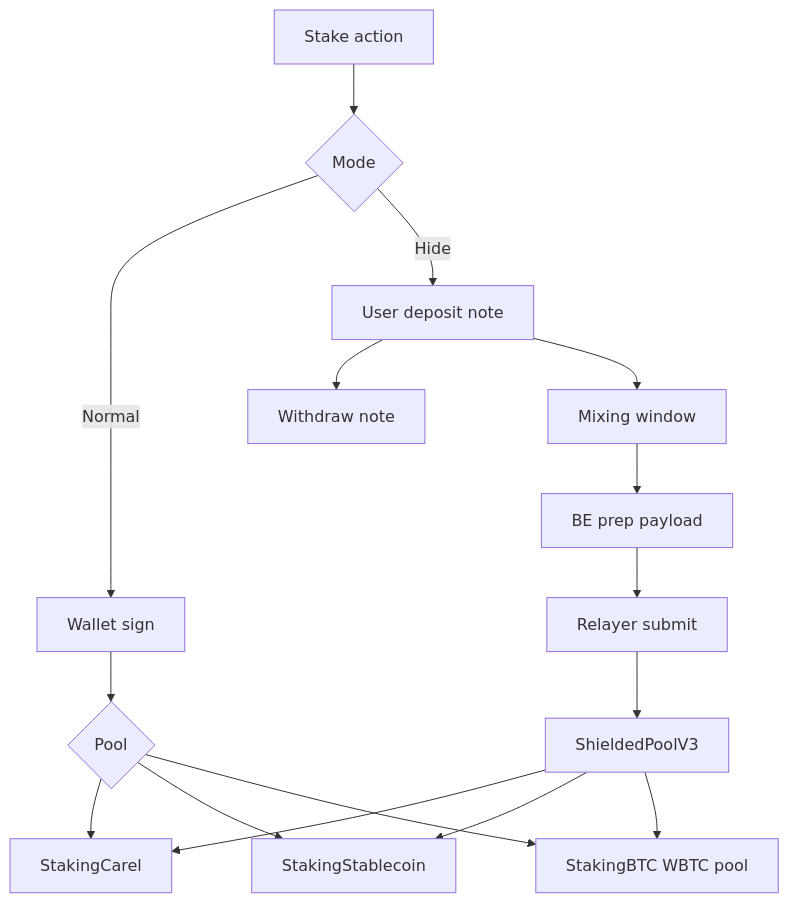
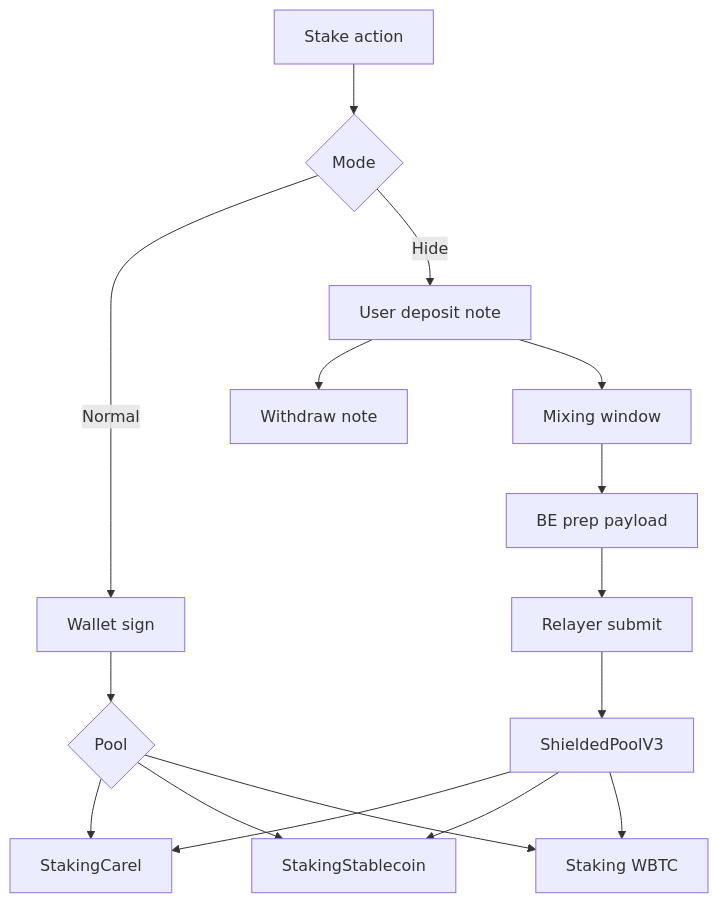
One commit to ntfound-dev/zkcarel_protocol changed the fifth of 7 diagrams in README.md. Above: the diagram before and after it, drawn with Mermaid. The commit also changed other lines of this file and 1 other file, not shown here.

Commit message:
docs: clarify stakingbtc and ai hide flow

````diff
--- a/README.md
+++ b/README.md
@@ -210,19 +210,19 @@
 ```mermaid
 flowchart TD
   A[Stake action] --> B{Mode}
   B -->|Normal| N1[Wallet sign]
   N1 --> P1{Pool}
   P1 --> S1[StakingCarel]
   P1 --> S2[StakingStablecoin]
-  P1 --> S3[StakingBTC WBTC pool]
+  P1 --> S3[Staking WBTC]
 
   B -->|Hide| H1[User deposit note]
   H1 --> HW[Withdraw note]
   H1 --> H2[Mixing window]
   H2 --> H3[BE prep payload]
   H3 --> H4[Relayer submit]
   H4 --> H5[ShieldedPoolV3]
   H5 --> S1
   H5 --> S2
   H5 --> S3
 ```
````
